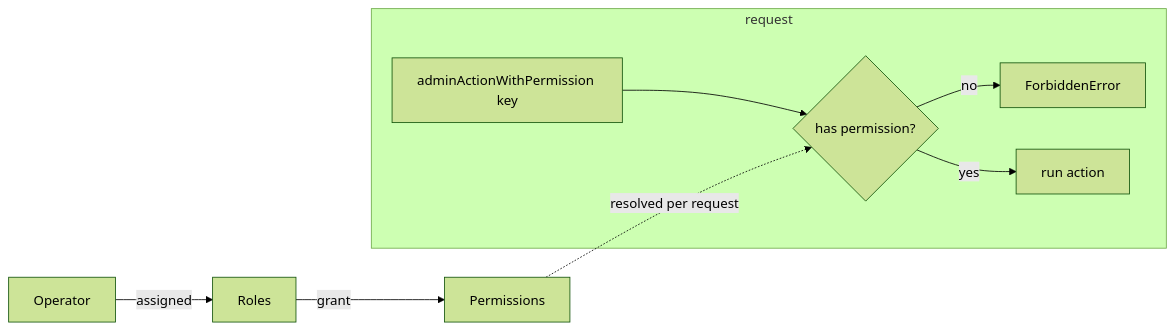
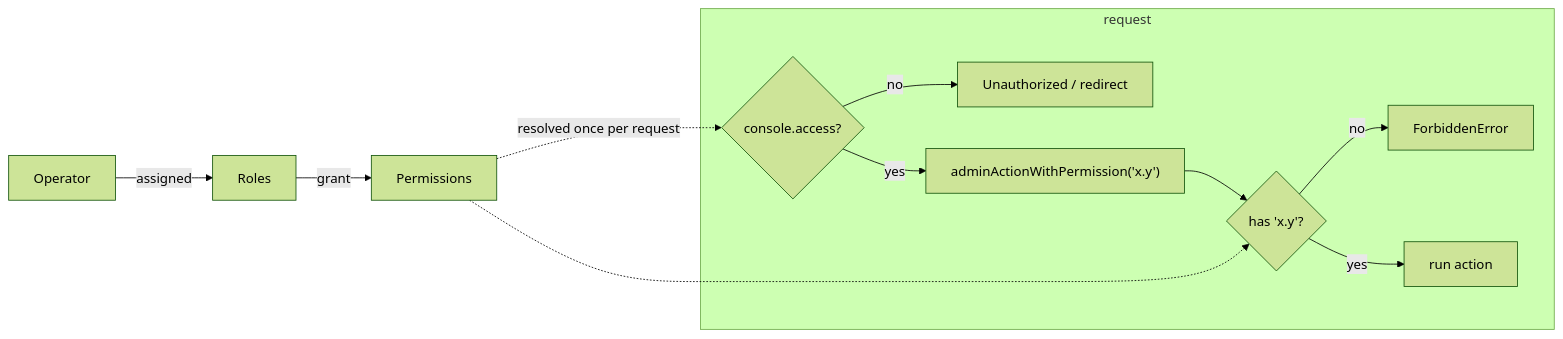
The diagram in docs/admin.md (isyll/isyll-next-template), drawn with Mermaid (forest theme) before and after one commit. The commit also changed other lines of this file and 19 other files, not shown here.

First line of the commit message:
docs(repo): refactor all docs to a consistent template with diagrams

````diff
--- a/docs/admin.md
+++ b/docs/admin.md
@@ -10,11 +18,15 @@
 ```mermaid
 flowchart LR
     O[Operator] -->|assigned| R[Roles]
     R -->|grant| P[Permissions]
     subgraph request
-      A[adminActionWithPermission key] --> C{has permission?}
-      C -- no --> F[ForbiddenError]
+      G{console.access?}
+      G -- no --> F1[Unauthorized / redirect]
+      G -- yes --> A["adminActionWithPermission('x.y')"]
+      A --> C{has 'x.y'?}
+      C -- no --> F2[ForbiddenError]
       C -- yes --> H[run action]
     end
-    P -.resolved per request.-> C
+    P -.resolved once per request.-> G
+    P -.-> C
 ```
````
